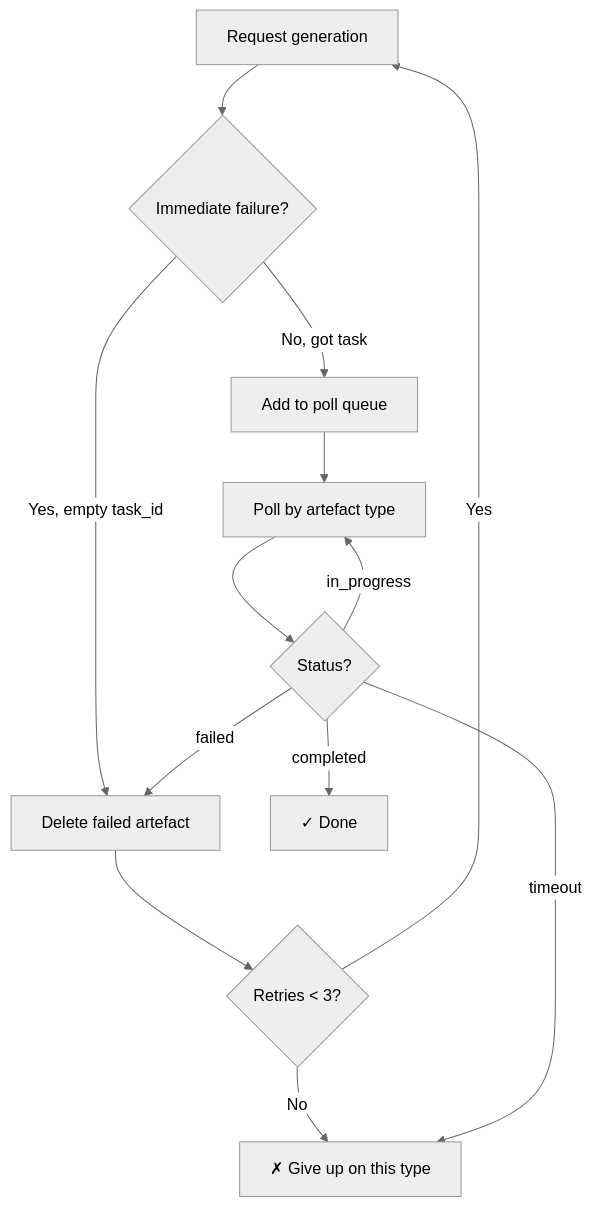
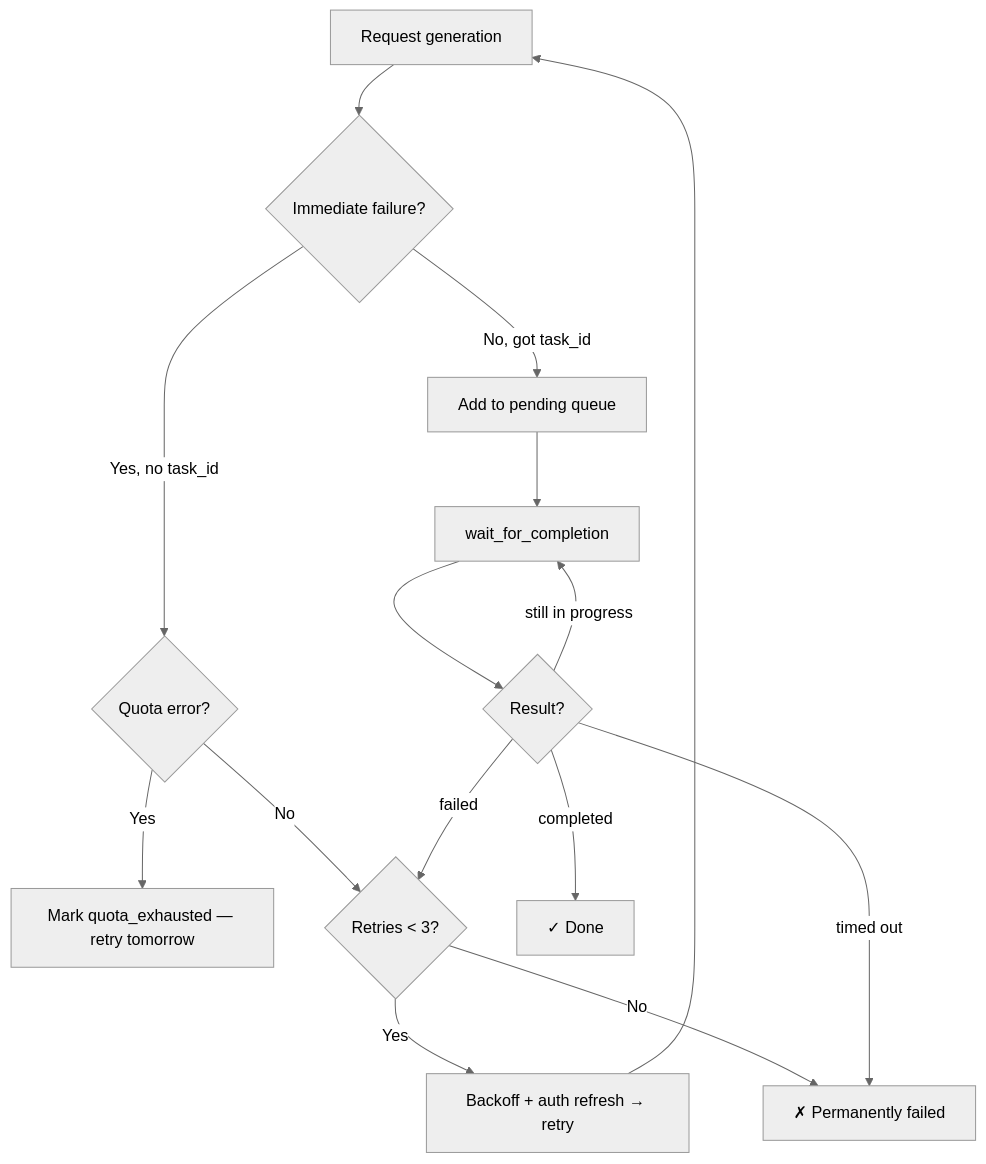
One commit to NetDevAutomate/notebooklm-repo-artefacts changed the sixth of 7 diagrams in docs/how-it-works.md. Above: the diagram before and after it, drawn with Mermaid (neutral theme). The commit also changed other lines of this file and 18 other files, not shown here.

````diff
--- a/docs/how-it-works.md
+++ b/docs/how-it-works.md
@@ -119,16 +174,18 @@
 ```mermaid
 graph TD
     A[Request generation] --> B{Immediate failure?}
-    B -->|No, got task| C[Add to poll queue]
-    B -->|Yes, empty task_id| D[Delete failed artefact]
-    D --> E{Retries < 3?}
-    E -->|Yes| A
-    E -->|No| F["✗ Give up on this type"]
+    B -->|No, got task_id| C[Add to pending queue]
+    B -->|Yes, no task_id| D{Quota error?}
+    D -->|Yes| E[Mark quota_exhausted — retry tomorrow]
+    D -->|No| F{Retries < 3?}
+    F -->|Yes| G[Backoff + auth refresh → retry]
+    F -->|No| H["✗ Permanently failed"]
+    G --> A
 
-    C --> G[Poll by artefact type]
-    G --> H{Status?}
-    H -->|completed| I["✓ Done"]
-    H -->|failed| D
-    H -->|in_progress| G
-    H -->|timeout| F
+    C --> I[wait_for_completion]
+    I --> J{Result?}
+    J -->|completed| K["✓ Done"]
+    J -->|failed| F
+    J -->|timed out| H
+    J -->|still in progress| I
 ```
````
